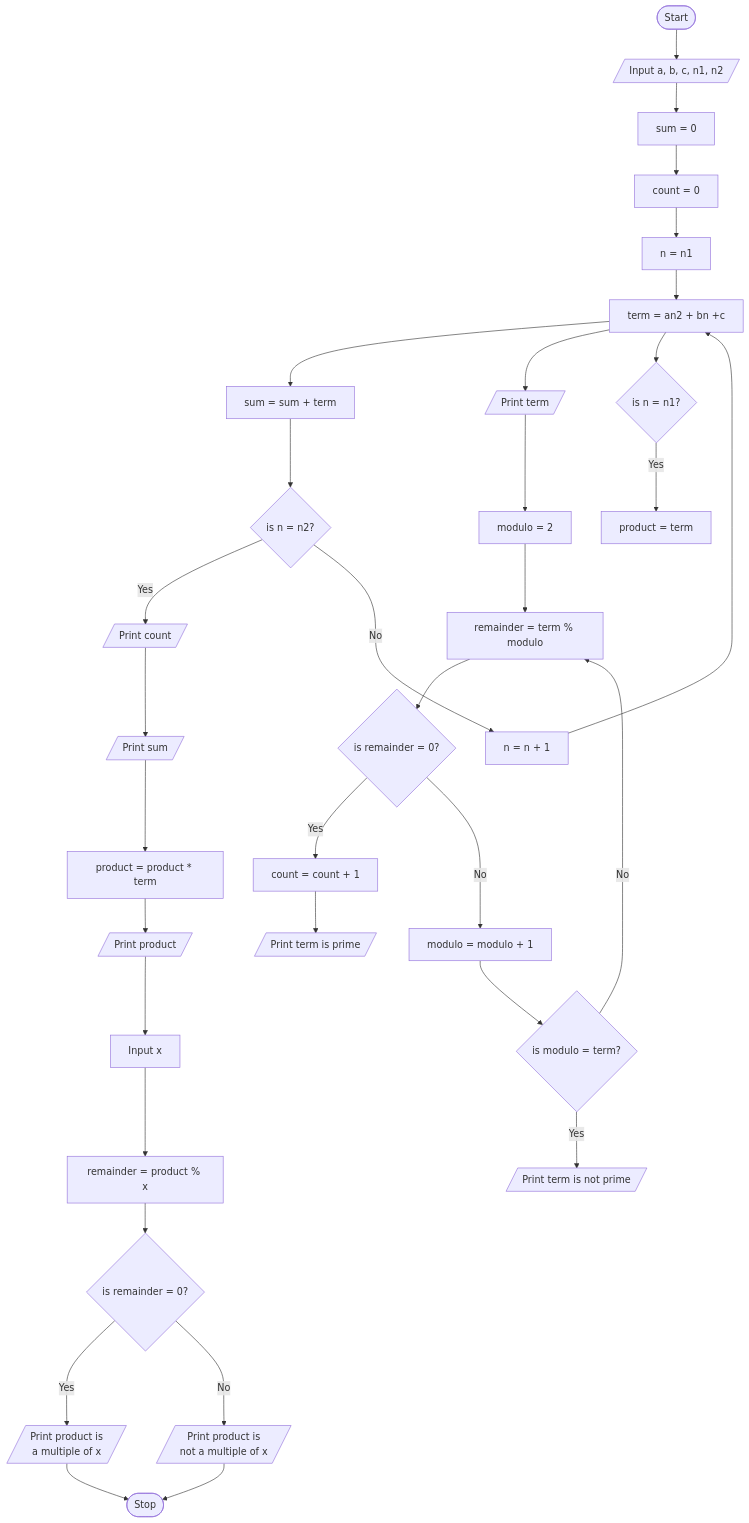
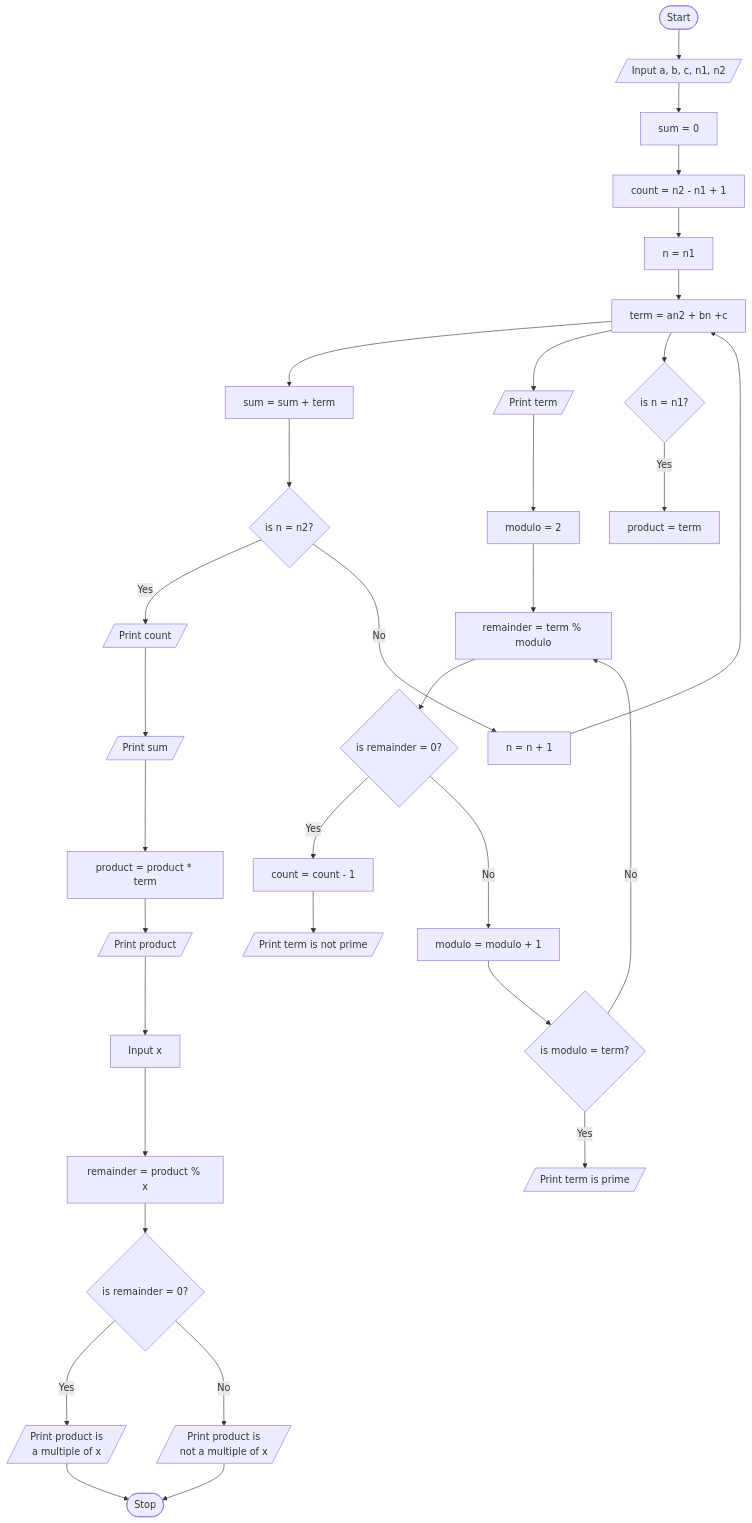
One commit to gtugaw/comp1236project changed the diagram in flowchart/task3.md. Above: the diagram before and after it, drawn with Mermaid. The commit also changed 1 other file, not shown here.

Commit message:
fixed code for counting and determining prime numbers

````diff
--- a/flowchart/task3.md
+++ b/flowchart/task3.md
@@ -2,54 +2,54 @@
 ```mermaid
 flowchart TB
     A([Start])
     A-->B[/Input a, b, c, n1, n2/]
     B-->C[sum = 0]
 
 
     CC-->D[n = n1]
     D-->E[term = an2 + bn +c]
     E-->F[sum = sum + term]
     E-->G[/Print term/]
 
-    C-->CC[count = 0]
+    C-->CC[count = n2 - n1 + 1]
     G-->GF[modulo = 2]
     GF-->GH[remainder = term % modulo]
     GH-->GI{is remainder = 0?}
-    GJ-->GK[/Print term is prime/]
-    GI--Yes-->GJ[count = count + 1]
+    GJ-->GK[/Print term is not prime/]
+    GI--Yes-->GJ[count = count - 1]
 
     GI--Noo-->GL[modulo = modulo + 1]
     GL-->GM{is modulo = term?}
-    GM--Yes-->GN[/Print term is not prime/]
+    GM--Yes-->GN[/Print term is prime/]
 
     GM--Noo-->GH
 
 
 
 
 
     F-->H{is n = n2?}
 
     H--Yes-->GO[/Print count/]
 
     H--Noo-->I[n = n + 1]
     I-->E
     J-->K[product = product * term]
     K-->L[/Print product/]
     GO-->J[/Print sum/]
     
 
     E-->N{is n = n1?}
     N--Yes-->P[product = term]
 
     L-->Q[Input x]
     Q-->R[remainder = product % x]
     R-->S{is remainder = 0?}
     S--Yes-->T[/Print product is 
     a multiple of x/]
     S--Noo-->U[/Print product is 
     not a multiple of x/]
 
     T-->V([Stop])
     U-->V
 ```
````
